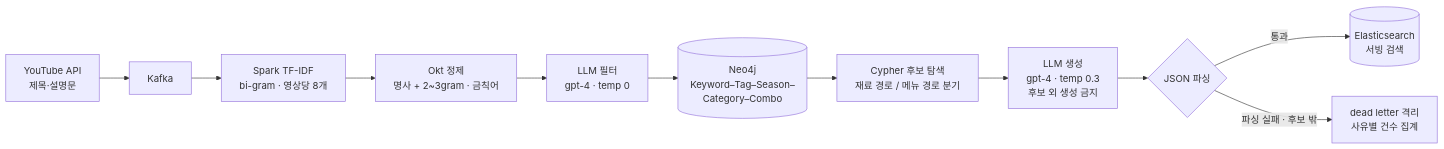
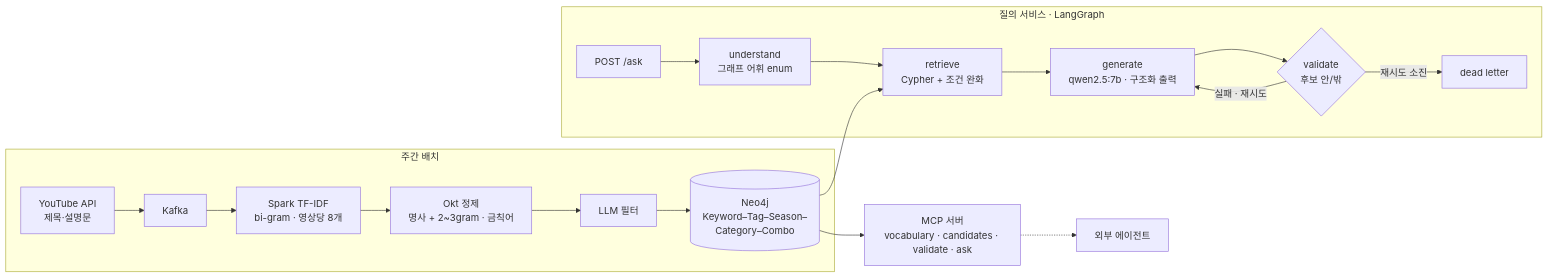
Before and after one commit to sozerong/SMU_CAPSTONE: the diagram in readme.md, drawn with Mermaid. The commit also changed other lines of this file and 3 other files, not shown here.

First line of the commit message:
docs: README 를 질의형 GraphRAG 중심으로 재구성, SLO 와 의존성 갱신

````diff
--- a/readme.md
+++ b/readme.md
@@ -28,13 +30,21 @@
 ```mermaid
 flowchart LR
-  Y[YouTube API<br/>제목·설명문] --> K[Kafka]
-  K --> S[Spark TF-IDF<br/>bi-gram · 영상당 8개]
-  S --> O[Okt 정제<br/>명사 + 2~3gram · 금칙어]
-  O --> F[LLM 필터<br/>gpt-4 · temp 0]
-  F --> N[(Neo4j<br/>Keyword–Tag–Season–Category–Combo)]
-  N --> C[Cypher 후보 탐색<br/>재료 경로 / 메뉴 경로 분기]
-  C --> L[LLM 생성<br/>gpt-4 · temp 0.3<br/>후보 외 생성 금지]
-  L --> V{JSON 파싱}
-  V -->|통과| E[(Elasticsearch<br/>서빙 검색)]
-  V -->|파싱 실패 · 후보 밖| X[dead letter 격리<br/>사유별 건수 집계]
+  subgraph 적재[주간 배치]
+    Y[YouTube API<br/>제목·설명문] --> K[Kafka]
+    K --> S[Spark TF-IDF<br/>bi-gram · 영상당 8개]
+    S --> O[Okt 정제<br/>명사 + 2~3gram · 금칙어]
+    O --> F[LLM 필터]
+    F --> N[(Neo4j<br/>Keyword–Tag–Season–Category–Combo)]
+  end
+  subgraph 질의[질의 서비스 · LangGraph]
+    Q[POST /ask] --> U[understand<br/>그래프 어휘 enum]
+    U --> R[retrieve<br/>Cypher + 조건 완화]
+    R --> G[generate<br/>qwen2.5:7b · 구조화 출력]
+    G --> V{validate<br/>후보 안/밖}
+    V -->|실패 · 재시도| G
+    V -->|재시도 소진| X[dead letter]
+  end
+  N --> R
+  N --> M[MCP 서버<br/>vocabulary · candidates · validate · ask]
+  M -.-> A[외부 에이전트]
 ```
````
